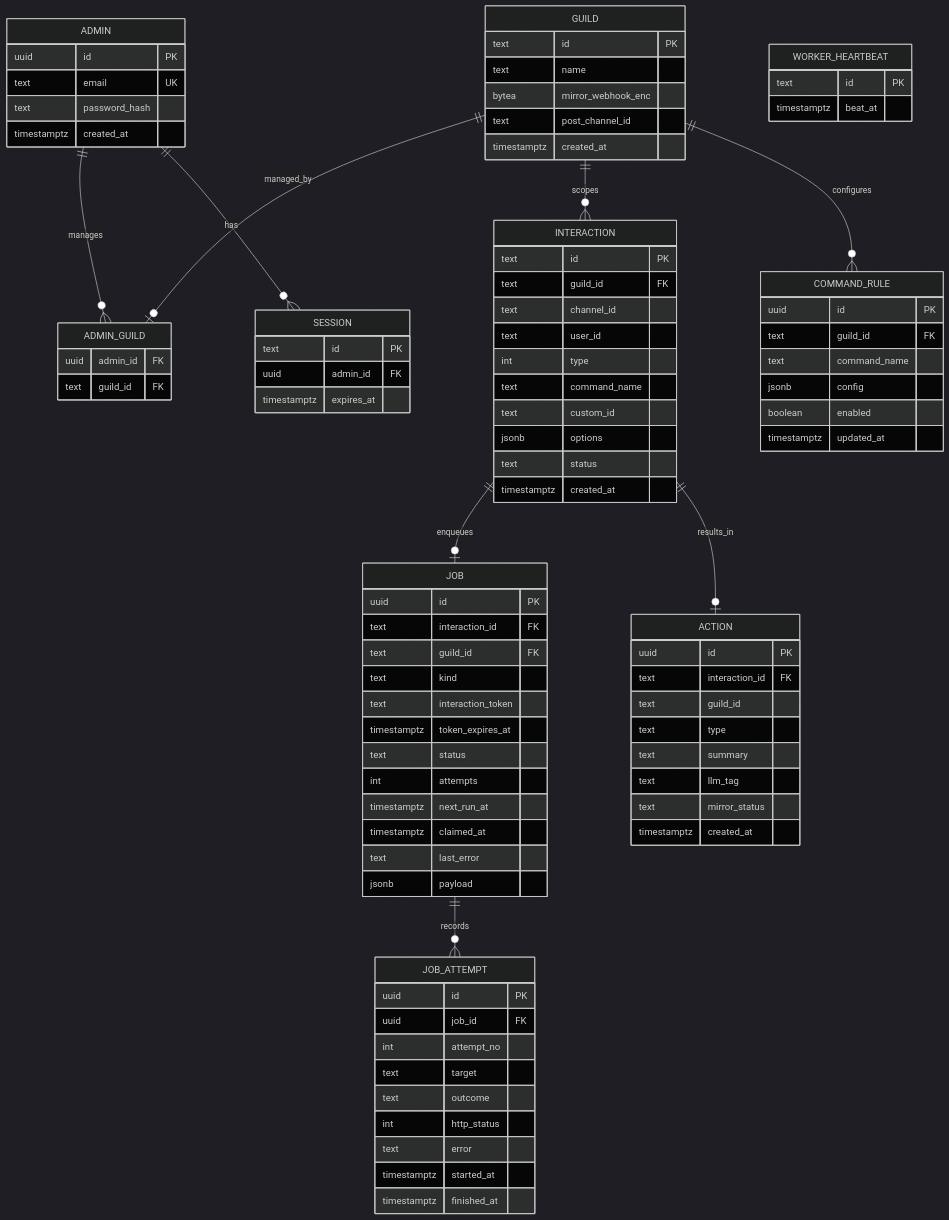
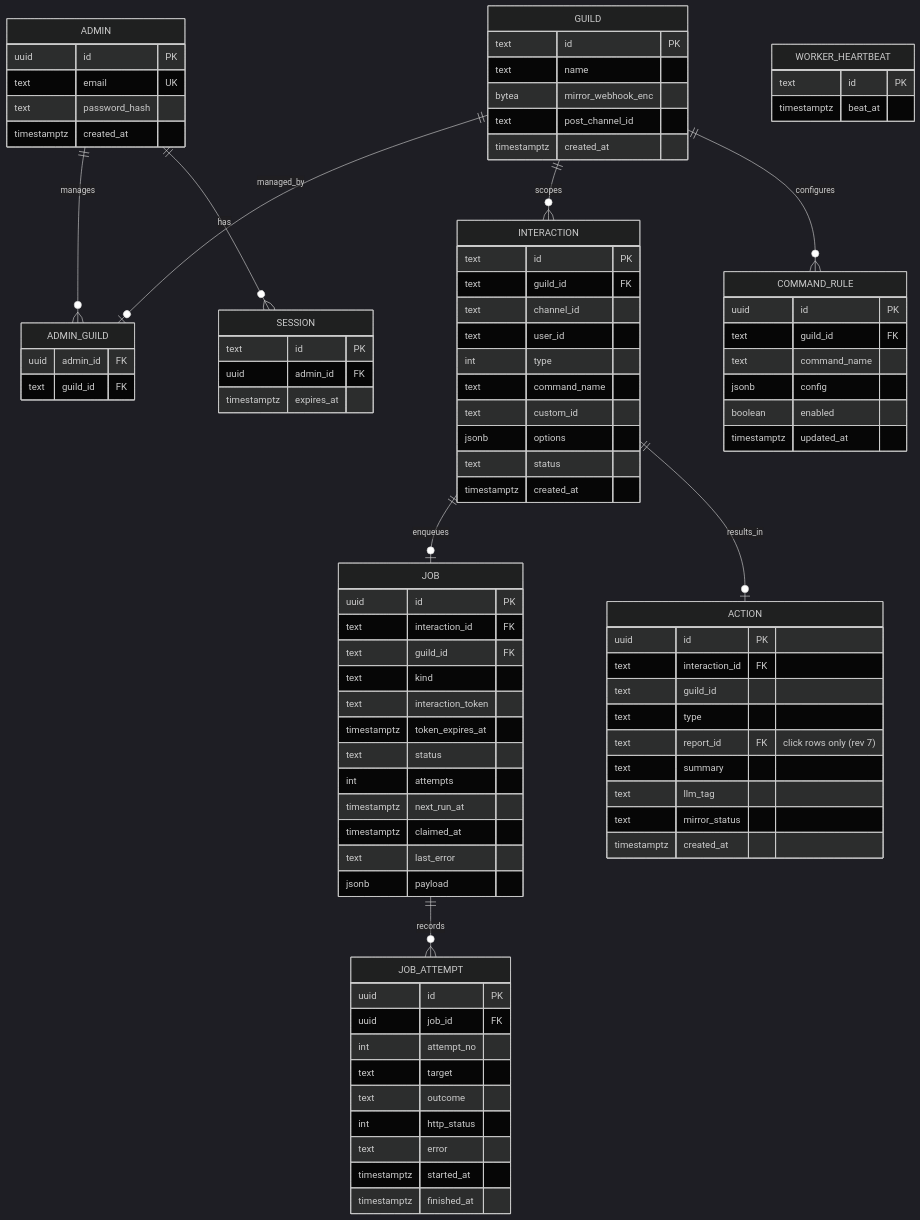
One commit to RohanUrankar/discord-report-line changed the sixth of 12 diagrams in architecture/docs/DESIGN.md. Above: the diagram before and after it, drawn with Mermaid (dark theme). The commit also changed other lines of this file and 11 other files, not shown here.

```diff
--- a/architecture/docs/DESIGN.md
+++ b/architecture/docs/DESIGN.md
@@ -733,6 +745,7 @@
         text interaction_id FK
         text guild_id
         text type
+        text report_id FK "click rows only (rev 7)"
         text summary
         text llm_tag
         text mirror_status
```
